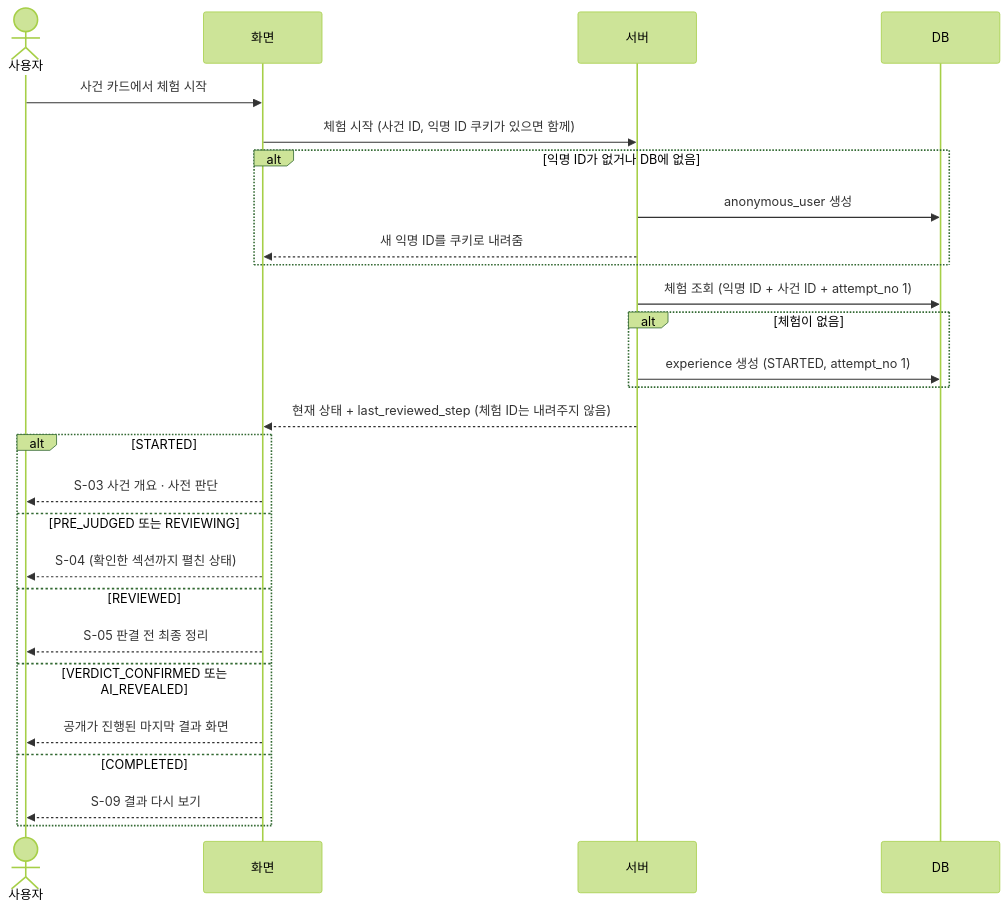
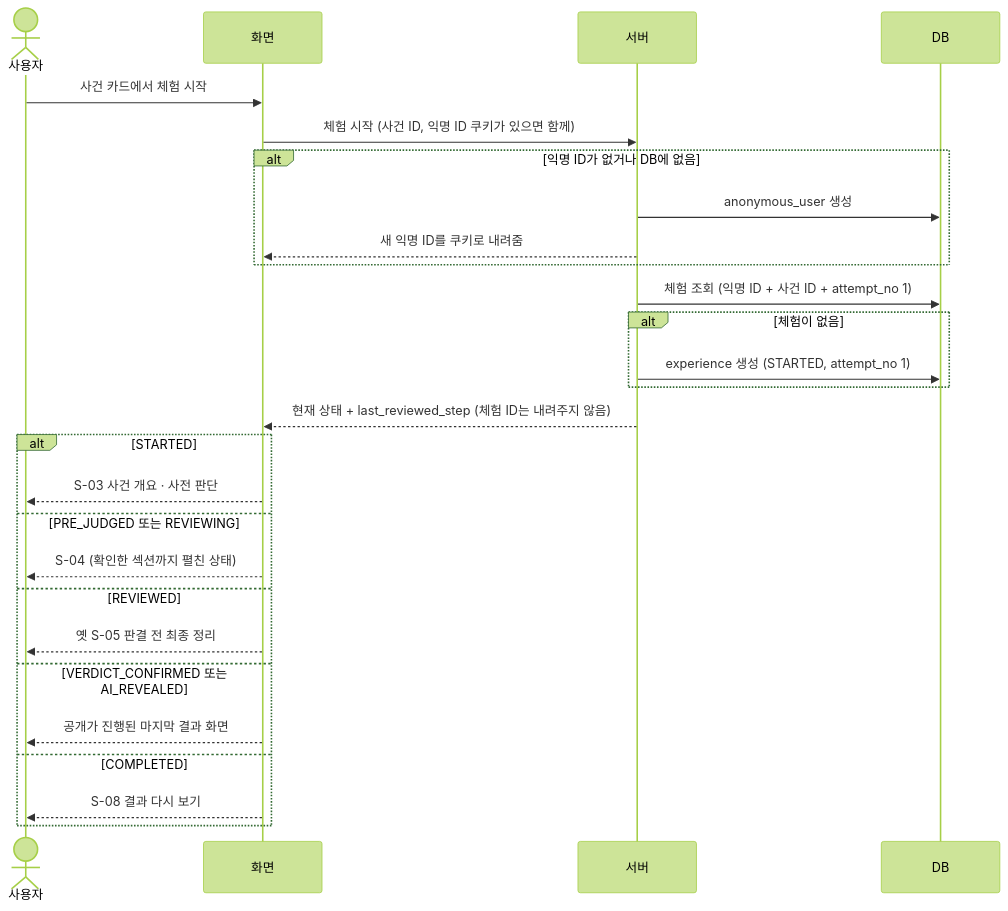
Before and after one commit to prgrms-aibe-devcourse/AIBE7_FinalProject_Team2: the second of 7 diagrams in docs/sequence-diagram.md, drawn with Mermaid (forest theme). The commit also changed other lines of this file and 18 other files, not shown here.

````diff
--- a/docs/sequence-diagram.md
+++ b/docs/sequence-diagram.md
@@ -58,30 +59,30 @@
 ```mermaid
 sequenceDiagram
     actor U as 사용자
     participant F as 화면
     participant S as 서버
     participant D as DB
  
     U->>F: 사건 카드에서 체험 시작
     F->>S: 체험 시작 (사건 ID, 익명 ID 쿠키가 있으면 함께)
     alt 익명 ID가 없거나 DB에 없음
         S->>D: anonymous_user 생성
         S-->>F: 새 익명 ID를 쿠키로 내려줌
     end
     S->>D: 체험 조회 (익명 ID + 사건 ID + attempt_no 1)
     alt 체험이 없음
         S->>D: experience 생성 (STARTED, attempt_no 1)
     end
     S-->>F: 현재 상태 + last_reviewed_step (체험 ID는 내려주지 않음)
     alt STARTED
         F-->>U: S-03 사건 개요 · 사전 판단
     else PRE_JUDGED 또는 REVIEWING
         F-->>U: S-04 (확인한 섹션까지 펼친 상태)
     else REVIEWED
-        F-->>U: S-05 판결 전 최종 정리
+        F-->>U: 옛 S-05 판결 전 최종 정리
     else VERDICT_CONFIRMED 또는 AI_REVEALED
         F-->>U: 공개가 진행된 마지막 결과 화면
     else COMPLETED
-        F-->>U: S-09 결과 다시 보기
+        F-->>U: S-08 결과 다시 보기
     end
 ```
````
